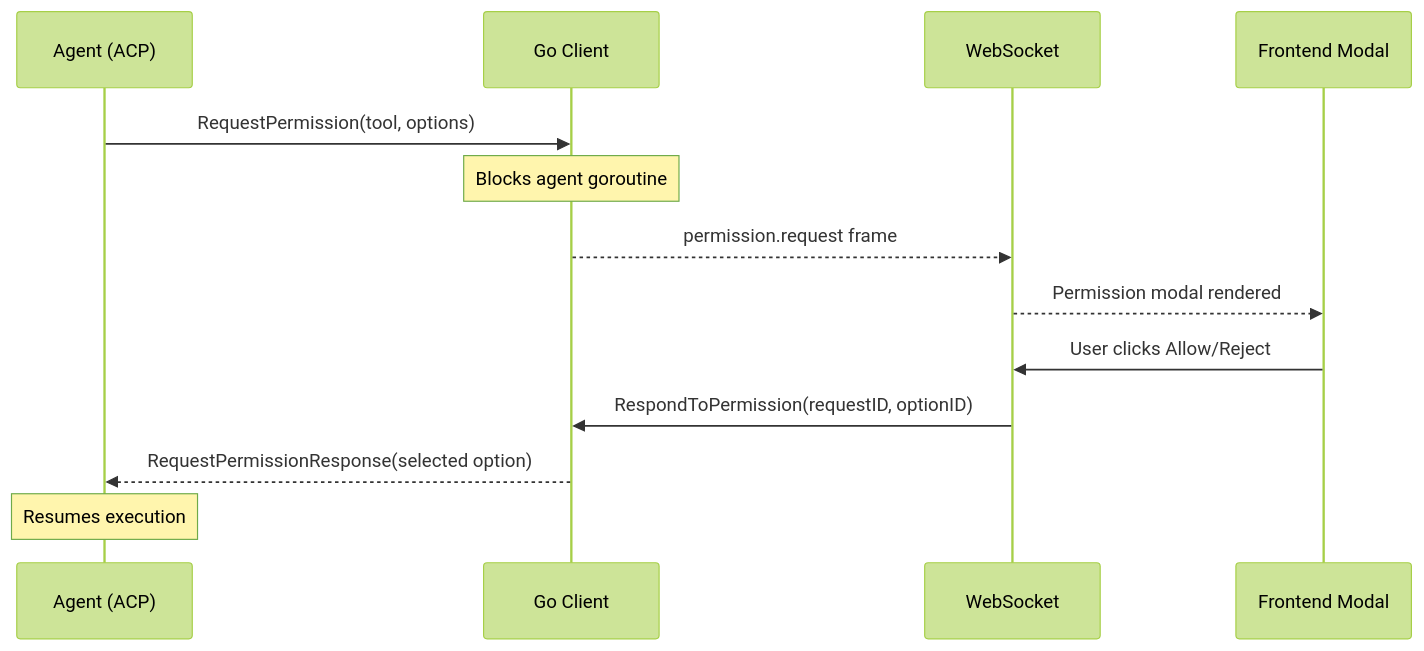
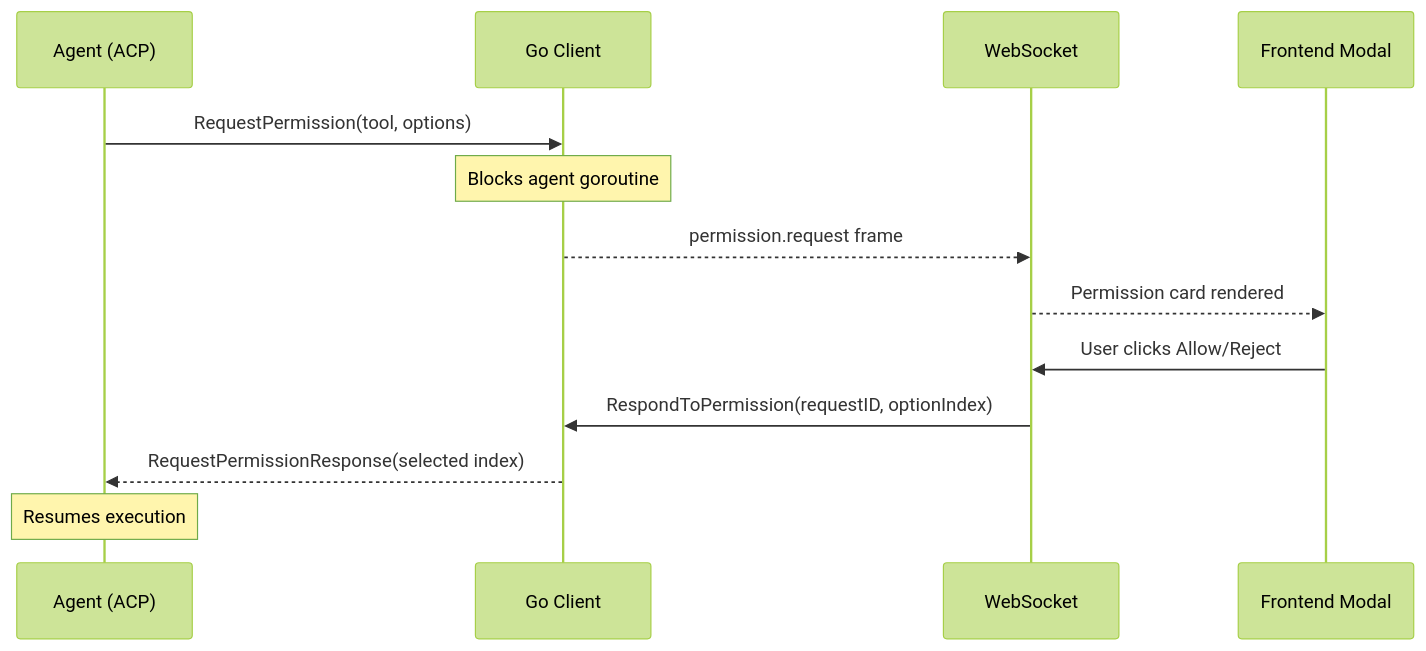
The third of 3 diagrams in src/content/docs/tech-design/acp.md (xiaoyuanzhu-com/my-life-db-docs), drawn with Mermaid (forest theme) before and after one commit. The commit also changed other lines of this file, not shown here.

````diff
--- a/src/content/docs/tech-design/acp.md
+++ b/src/content/docs/tech-design/acp.md
@@ -263,19 +259,19 @@
 ```mermaid
 sequenceDiagram
     participant Agent as Agent (ACP)
     participant Client as Go Client
     participant WS as WebSocket
     participant Modal as Frontend Modal
 
     Agent->>Client: RequestPermission(tool, options)
     Note over Client: Blocks agent goroutine
 
     Client-->>WS: permission.request frame
-    WS-->>Modal: Permission modal rendered
+    WS-->>Modal: Permission card rendered
 
     Modal->>WS: User clicks Allow/Reject
-    WS->>Client: RespondToPermission(requestID, optionID)
+    WS->>Client: RespondToPermission(requestID, optionIndex)
 
-    Client-->>Agent: RequestPermissionResponse(selected option)
+    Client-->>Agent: RequestPermissionResponse(selected index)
     Note over Agent: Resumes execution
 ```
````
